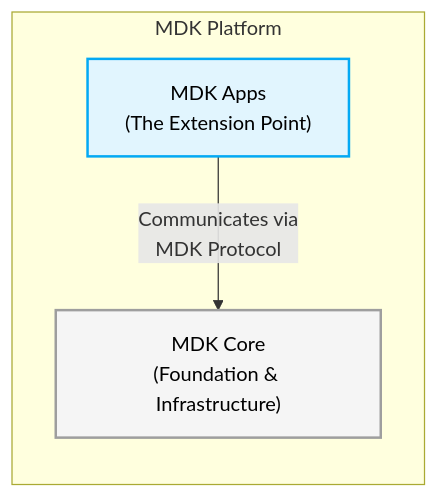
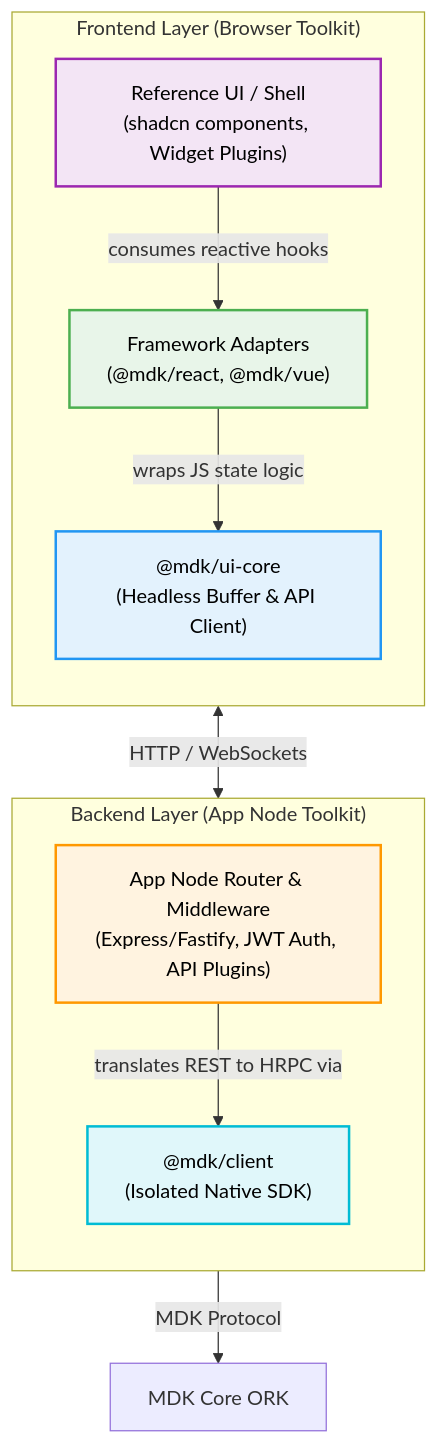
One commit to Gio-Galt/mdk-be changed the diagram in docs/hld-mdk-app.md. Above: the diagram before and after it, drawn with Mermaid. The commit also changed other lines of this file and 1 other file, not shown here.

Commit message:
Merging mdk toolkit

````diff
--- a/docs/hld-mdk-app.md
+++ b/docs/hld-mdk-app.md
@@ -5,13 +98,29 @@
 ```mermaid
 flowchart TD
-    subgraph "MDK Platform"
+    subgraph "Frontend Layer (Browser Toolkit)"
         direction TB
-        MDK_APP["MDK Apps<br/>(The Extension Point)"]
-        MDK_CORE["MDK Core<br/>(Foundation & Infrastructure)"]
+        UI_COMPS["Reference UI / Shell<br/>(shadcn components, Widget Plugins)"]
+        FRAMEWORKS["Framework Adapters<br/>(@mdk/react, @mdk/vue)"]
+        UI_CORE["@mdk/ui-core<br/>(Headless Buffer & API Client)"]
         
-        MDK_APP -->|Communicates via<br/>MDK Protocol| MDK_CORE
+        UI_COMPS -->|"consumes reactive hooks"| FRAMEWORKS
+        FRAMEWORKS -->|"wraps JS state logic"| UI_CORE
+    end
+
+    subgraph "Backend Layer (App Node Toolkit)"
+        direction TB
+        ROUTER["App Node Router & Middleware<br/>(Express/Fastify, JWT Auth, API Plugins)"]
+        CLIENT["@mdk/client<br/>(Isolated Native SDK)"]
+        
+        ROUTER -->|"translates REST to HRPC via"| CLIENT
     end
     
-    style MDK_APP fill:#e1f5fe,stroke:#03a9f4,stroke-width:2px,color:#000
-    style MDK_CORE fill:#f5f5f5,stroke:#9e9e9e,stroke-width:2px,color:#000
+    UI_CORE <-->|"HTTP / WebSockets"| ROUTER
+    CLIENT -->|"MDK Protocol"| ORK[MDK Core ORK]
+    
+    style UI_COMPS fill:#f3e5f5,stroke:#9c27b0,stroke-width:2px,color:#000
+    style FRAMEWORKS fill:#e8f5e9,stroke:#4caf50,stroke-width:2px,color:#000
+    style UI_CORE fill:#e3f2fd,stroke:#2196f3,stroke-width:2px,color:#000
+    style ROUTER fill:#fff3e0,stroke:#ff9800,stroke-width:2px,color:#000
+    style CLIENT fill:#e0f7fa,stroke:#00bcd4,stroke-width:2px,color:#000
 ```
````
